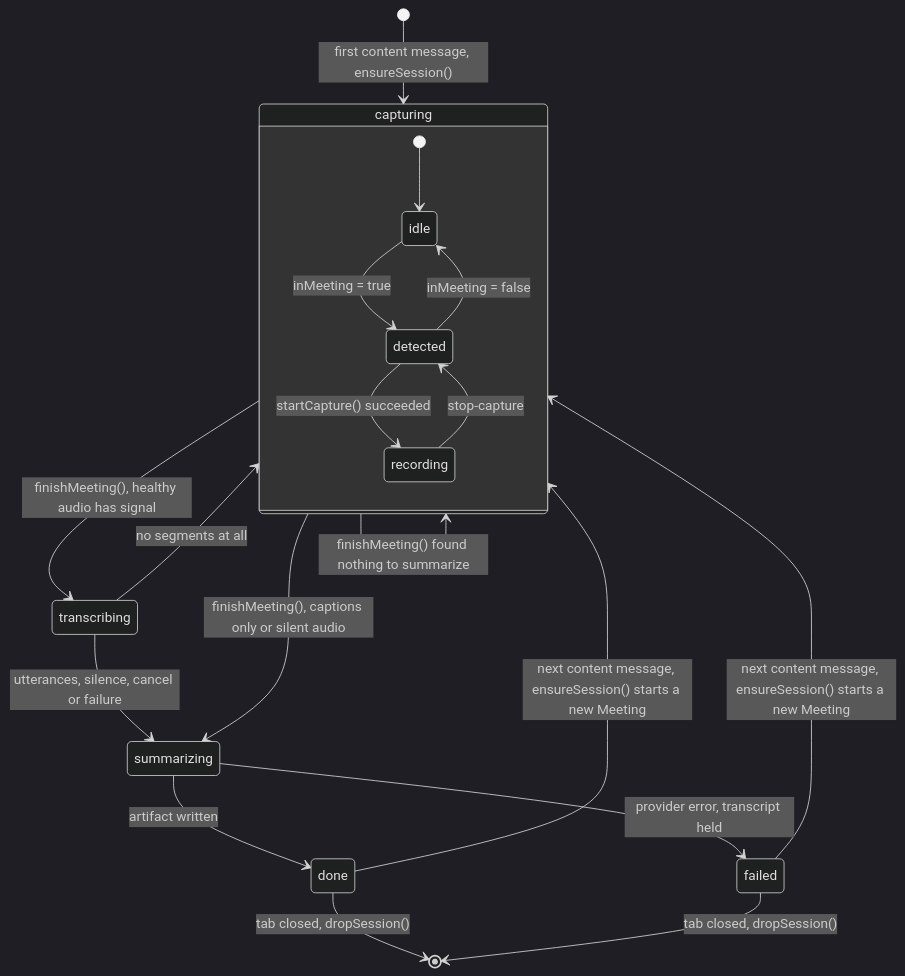
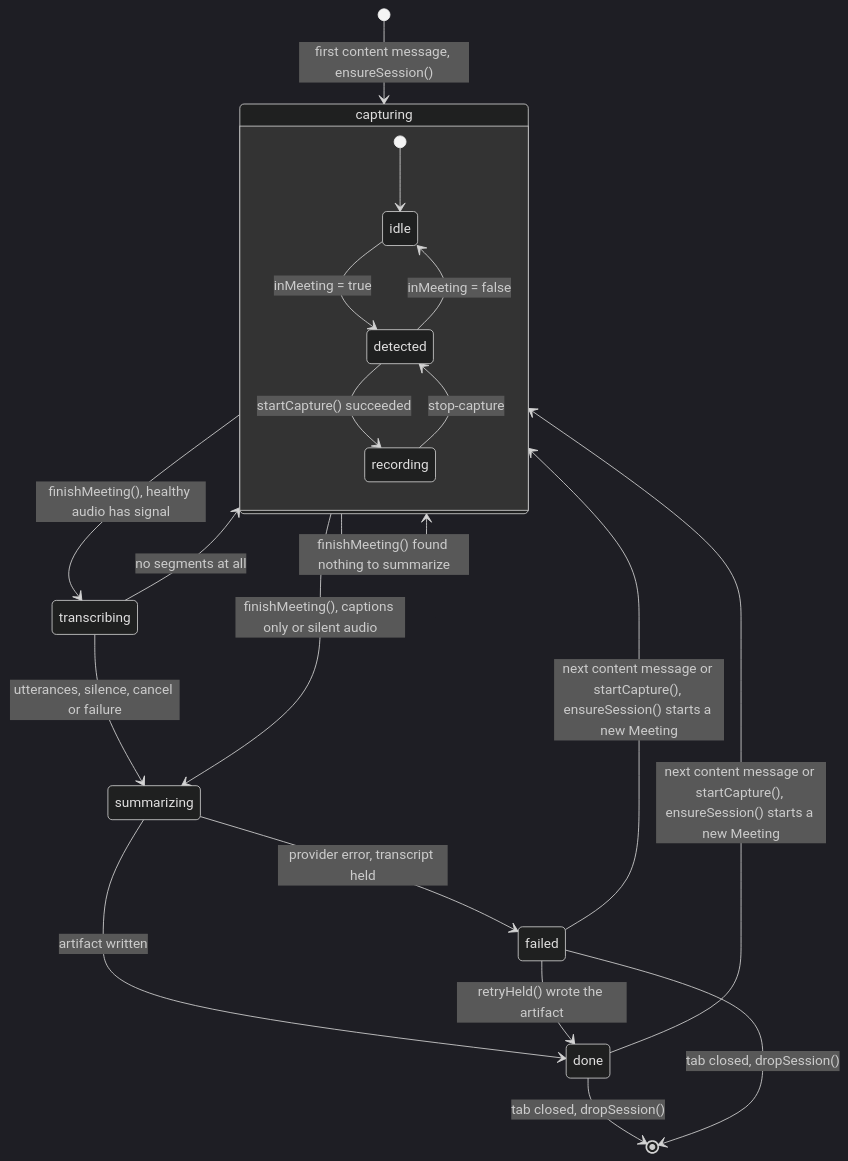
Before and after one commit to dominic676767/meeting-summarizer: the fifth of 11 diagrams in docs/ARCHITECTURE.md, drawn with Mermaid (dark theme). The commit also changed other lines of this file and 2 other files, not shown here.

````diff
--- a/docs/ARCHITECTURE.md
+++ b/docs/ARCHITECTURE.md
@@ -325,24 +325,25 @@
 ```mermaid
 stateDiagram-v2
     [*] --> capturing: first content message, ensureSession()
 
     state capturing {
         [*] --> idle
         idle --> detected: inMeeting = true
         detected --> recording: startCapture() succeeded
         recording --> detected: stop-capture
         detected --> idle: inMeeting = false
     }
 
     capturing --> transcribing: finishMeeting(), healthy audio has signal
     capturing --> summarizing: finishMeeting(), captions only or silent audio
     capturing --> capturing: finishMeeting() found nothing to summarize
     transcribing --> summarizing: utterances, silence, cancel or failure
     transcribing --> capturing: no segments at all
     summarizing --> done: artifact written
     summarizing --> failed: provider error, transcript held
-    done --> capturing: next content message, ensureSession() starts a new Meeting
-    failed --> capturing: next content message, ensureSession() starts a new Meeting
+    failed --> done: retryHeld() wrote the artifact
+    done --> capturing: next content message or startCapture(), ensureSession() starts a new Meeting
+    failed --> capturing: next content message or startCapture(), ensureSession() starts a new Meeting
     done --> [*]: tab closed, dropSession()
     failed --> [*]: tab closed, dropSession()
 ```
````
